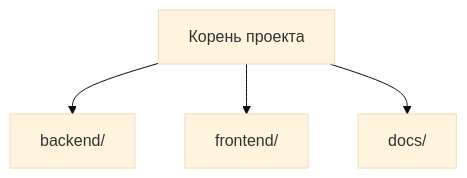
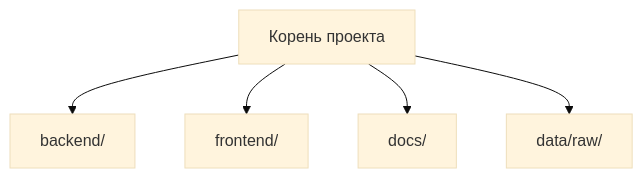
One commit to kvcop/Voicerec-By-Codex changed the diagram in docs/filesystem_structure.md. Above: the diagram before and after it, drawn with Mermaid (base theme). The commit also changed 8 other files, not shown here.

````diff
--- a/docs/filesystem_structure.md
+++ b/docs/filesystem_structure.md
@@ -5,6 +5,7 @@
 ```mermaid
 graph TD
     A[Корень проекта] --> B[backend/]
     A --> C[frontend/]
     A --> D[docs/]
+    A --> E[data/raw/]
 ```
````
